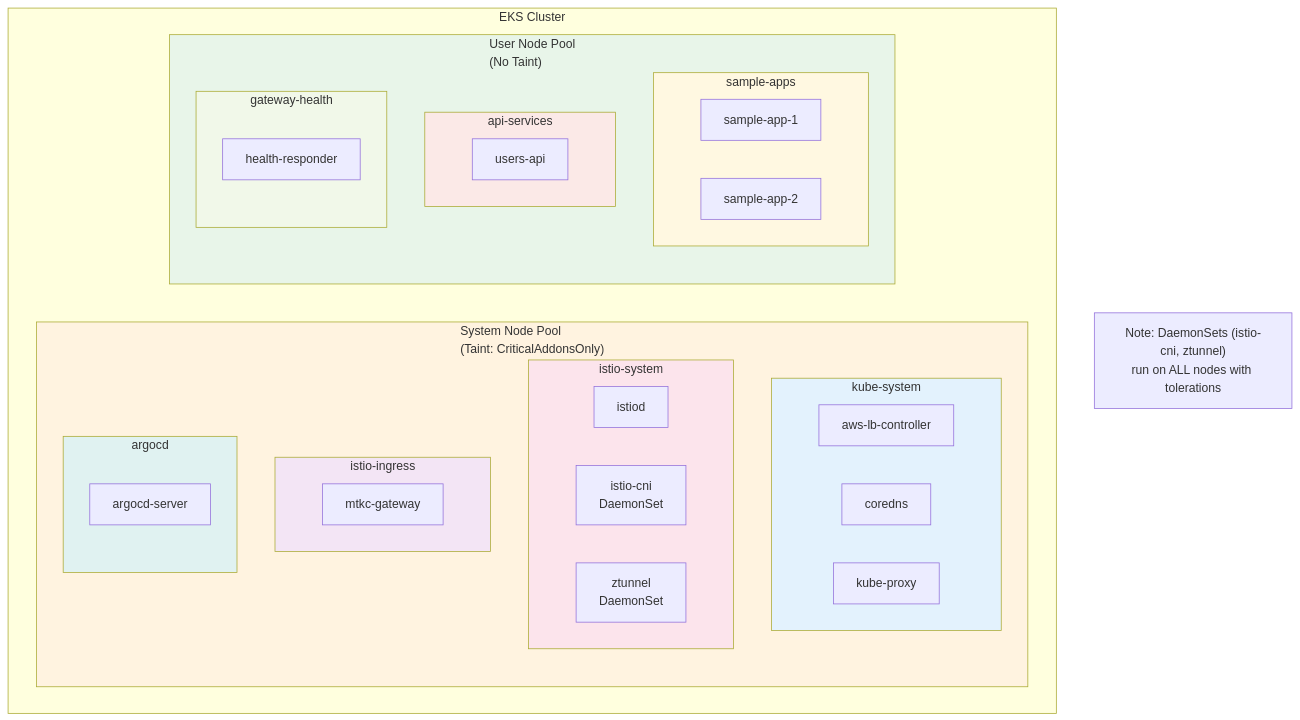
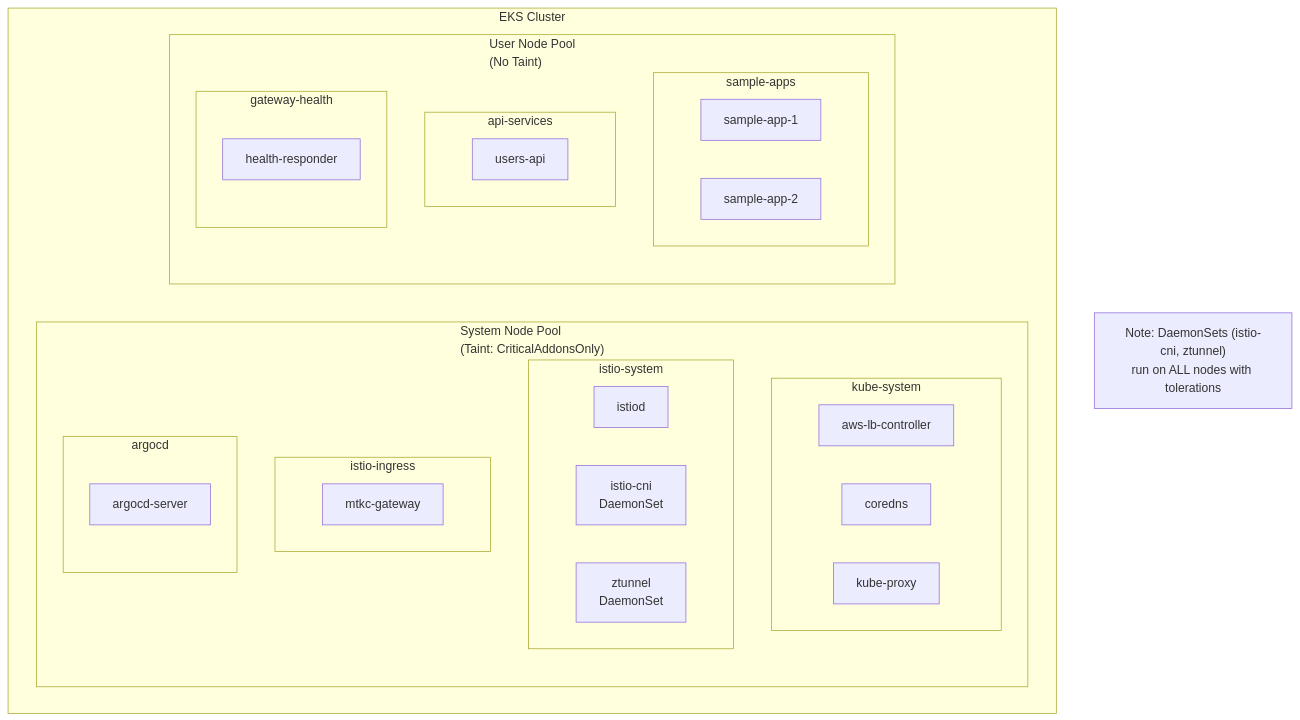
The second of 3 diagrams in README.md (shanaka-versent/EKS-Istio-GatewayAPI-Deom), drawn with Mermaid before and after one commit.

Commit message:
docs: Remove colors from EKS Cluster Detail diagram
Make the mermaid diagram black and white for cleaner presentation.

````diff
--- a/README.md
+++ b/README.md
@@ -105,48 +105,38 @@
 ```mermaid
 flowchart TB
     subgraph EKS["EKS Cluster"]
         subgraph SystemPool["System Node Pool<br/>(Taint: CriticalAddonsOnly)"]
             subgraph KS["kube-system"]
                 LBC2[aws-lb-controller]
                 CoreDNS[coredns]
                 KubeProxy[kube-proxy]
             end
             subgraph IS["istio-system"]
                 Istiod2[istiod]
                 CNI[istio-cni<br/>DaemonSet]
                 ZT[ztunnel<br/>DaemonSet]
             end
             subgraph II["istio-ingress"]
                 GW2[mtkc-gateway]
             end
             subgraph AC["argocd"]
                 ArgoServer[argocd-server]
             end
         end
 
         subgraph UserPool["User Node Pool<br/>(No Taint)"]
             subgraph SA["sample-apps"]
                 App1B[sample-app-1]
                 App2B[sample-app-2]
             end
             subgraph API2["api-services"]
                 UsersAPI[users-api]
             end
             subgraph GH["gateway-health"]
                 HealthResp[health-responder]
             end
         end
     end
 
     Note["Note: DaemonSets (istio-cni, ztunnel)<br/>run on ALL nodes with tolerations"]
-
-    style SystemPool fill:#fff3e0
-    style UserPool fill:#e8f5e9
-    style KS fill:#e3f2fd
-    style IS fill:#fce4ec
-    style II fill:#f3e5f5
-    style AC fill:#e0f2f1
-    style SA fill:#fff8e1
-    style API2 fill:#fbe9e7
-    style GH fill:#f1f8e9
 ```
````
